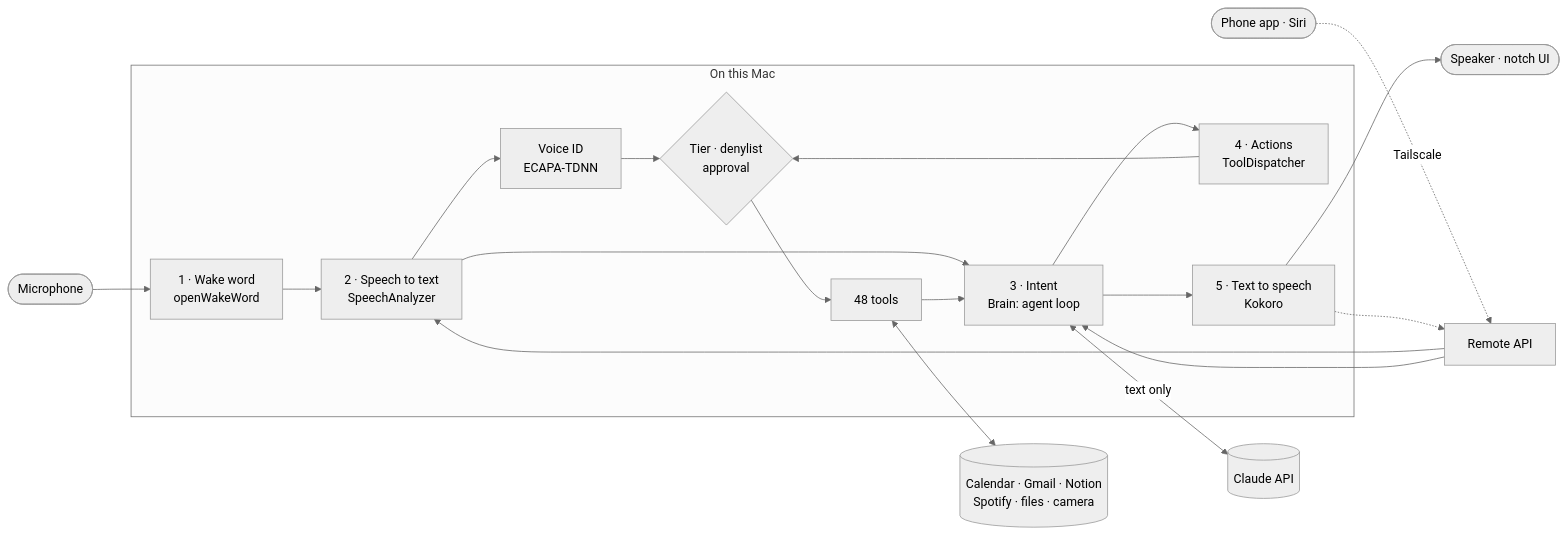
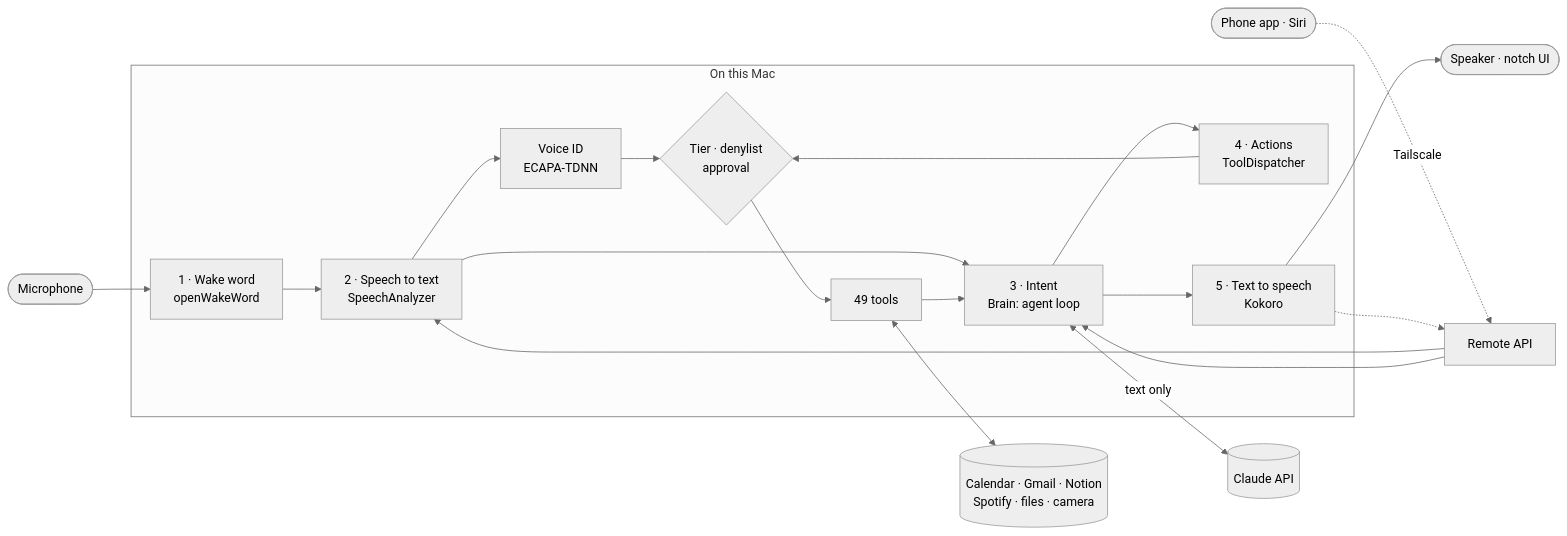
The diagram in README.md (samarthpaliwal/Jarvis), drawn with Mermaid (neutral theme) before and after one commit. The commit also changed other lines of this file and 27 other files, not shown here.

````diff
--- a/README.md
+++ b/README.md
@@ -37,24 +37,24 @@
 ```mermaid
 flowchart LR
     mic(["Microphone"]) --> wake
     phone(["Phone app · Siri"]) -. Tailscale .-> api["Remote API"]
     api --> stt
     api --> intent
 
     subgraph mac ["On this Mac"]
         wake["1 · Wake word<br/>openWakeWord"] --> stt["2 · Speech to text<br/>SpeechAnalyzer"]
         stt --> voiceid["Voice ID<br/>ECAPA-TDNN"]
         stt --> intent["3 · Intent<br/>Brain: agent loop"]
         intent --> actions["4 · Actions<br/>ToolDispatcher"]
         actions --> guard{"Tier · denylist<br/>approval"}
         voiceid --> guard
-        guard --> tools["48 tools"]
+        guard --> tools["49 tools"]
         tools --> intent
         intent --> tts["5 · Text to speech<br/>Kokoro"]
     end
 
     intent <-->|"text only"| claude[("Claude API")]
     tools <--> services[("Calendar · Gmail · Notion<br/>Spotify · files · camera")]
     tts --> speaker(["Speaker · notch UI"])
     tts -.-> api
 ```
````
